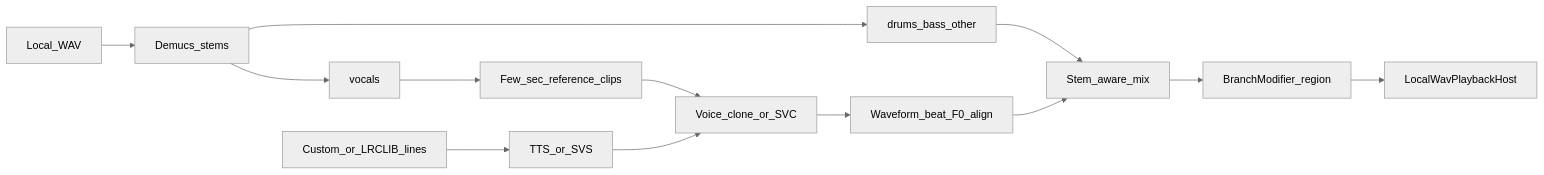
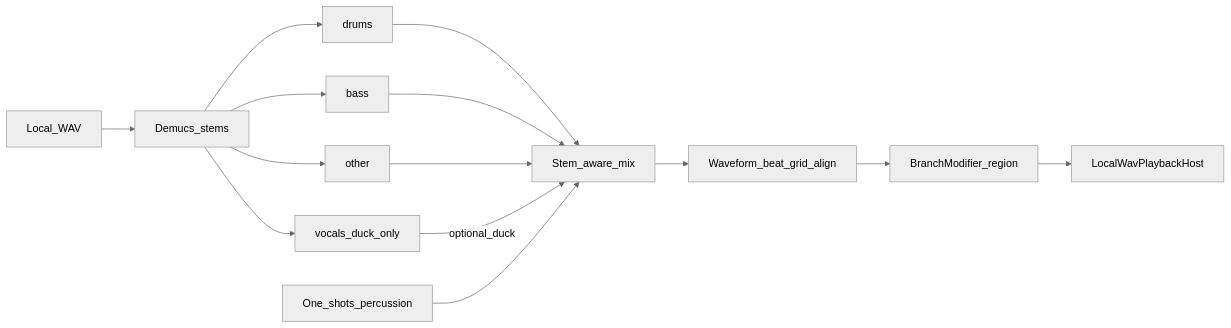
One commit to amittenak47/SpotifyWPF changed the second of 2 diagrams in docs/infinite-jukebox-forward-plan.md. Above: the diagram before and after it, drawn with Mermaid (neutral theme). The commit also changed other lines of this file and 7 other files, not shown here.

````diff
--- a/docs/infinite-jukebox-forward-plan.md
+++ b/docs/infinite-jukebox-forward-plan.md
@@ -95,15 +92,16 @@
 ```mermaid
 flowchart LR
   wav[Local_WAV] --> demucs[Demucs_stems]
-  demucs --> vocals[vocals]
-  demucs --> inst[drums_bass_other]
-  vocals --> ref[Few_sec_reference_clips]
-  ref --> clone[Voice_clone_or_SVC]
-  userLyric[Custom_or_LRCLIB_lines] --> synth[TTS_or_SVS]
-  synth --> clone
-  clone --> align[Waveform_beat_F0_align]
-  inst --> mix[Stem_aware_mix]
-  align --> mix
-  mix --> mod[BranchModifier_region]
+  demucs --> drums[drums]
+  demucs --> bass[bass]
+  demucs --> other[other]
+  demucs --> vocals[vocals_duck_only]
+  drums --> mix[Stem_aware_mix]
+  bass --> mix
+  other --> mix
+  vocals -->|optional_duck| mix
+  overlays[One_shots_percussion] --> mix
+  mix --> align[Waveform_beat_grid_align]
+  align --> mod[BranchModifier_region]
   mod --> play[LocalWavPlaybackHost]
 ```
````
